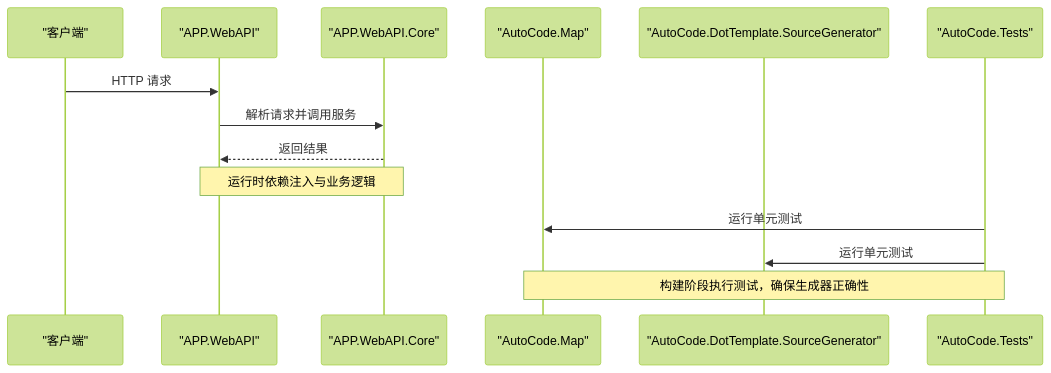
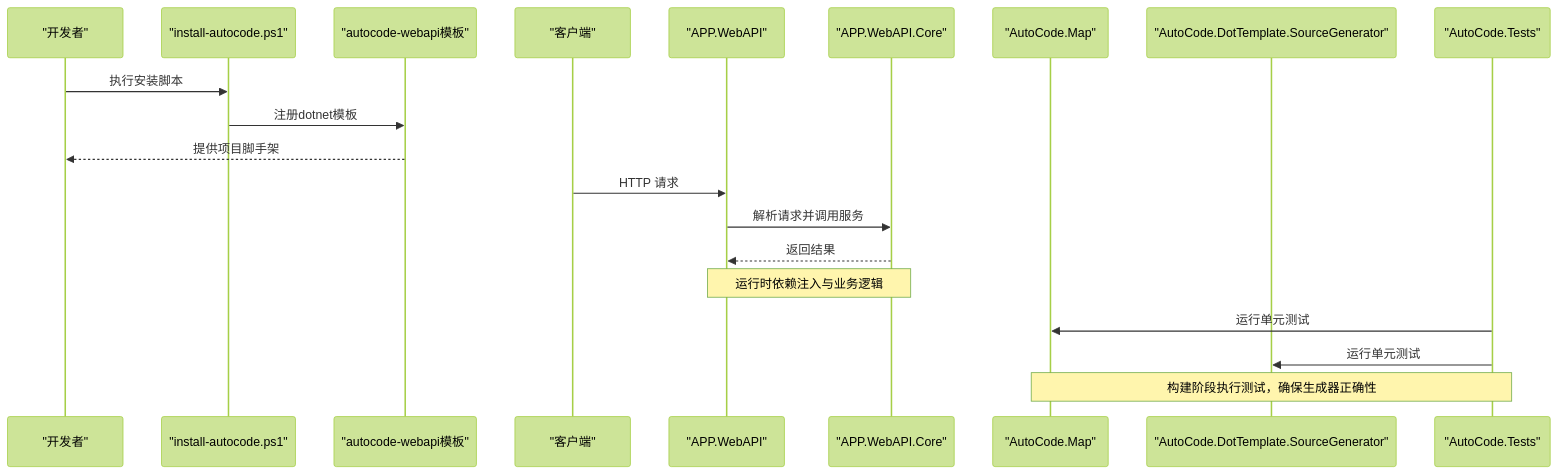
Before and after one commit to alivy/AutoCode: the second of 8 diagrams in .qoder/repowiki/zh/content/部署与发布/部署与发布.md, drawn with Mermaid (forest theme). The commit also changed other lines of this file and 150 other files, not shown here.

````diff
--- a/.qoder/repowiki/zh/content/部署与发布/部署与发布.md
+++ b/.qoder/repowiki/zh/content/部署与发布/部署与发布.md
@@ -113,16 +140,22 @@
 ```mermaid
 sequenceDiagram
+participant Dev as "开发者"
+participant Script as "install-autocode.ps1"
+participant Template as "autocode-webapi模板"
 participant Client as "客户端"
 participant API as "APP.WebAPI"
 participant Core as "APP.WebAPI.Core"
 participant MapGen as "AutoCode.Map"
 participant TplSG as "AutoCode.DotTemplate.SourceGenerator"
 participant Test as "AutoCode.Tests"
+Dev->>Script : 执行安装脚本
+Script->>Template : 注册dotnet模板
+Template-->>Dev : 提供项目脚手架
 Client->>API : HTTP 请求
 API->>Core : 解析请求并调用服务
 Core-->>API : 返回结果
 Note over API,Core : 运行时依赖注入与业务逻辑
 Test->>MapGen : 运行单元测试
 Test->>TplSG : 运行单元测试
 Note over Test,MapGen : 构建阶段执行测试，确保生成器正确性
 ```
````
